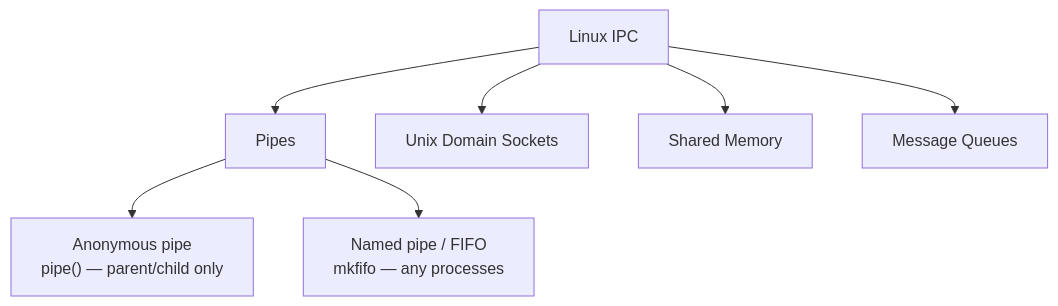
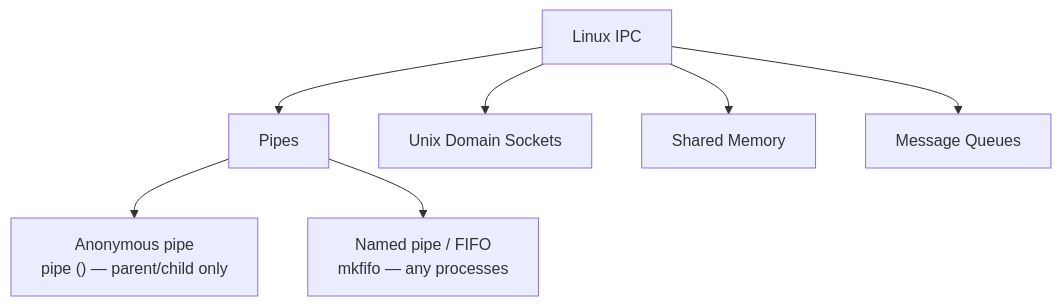
Before and after one commit to pploc/swe-icon-the-moment: the diagram in content/questions/fundamentals/linux-ipc.md, drawn with Mermaid. The commit also changed 95 other files, not shown here.

Commit message:
fix: update the practice mode diagram bug not display

````diff
--- a/content/questions/fundamentals/linux-ipc.md
+++ b/content/questions/fundamentals/linux-ipc.md
@@ -18,10 +18,11 @@
 ```mermaid
 flowchart TD
     IPC["Linux IPC"] --> Pipes
     IPC --> Sockets["Unix Domain Sockets"]
     IPC --> SHM["Shared Memory"]
     IPC --> MQ["Message Queues"]
-    Pipes --> Anon["Anonymous pipe\npipe() — parent/child only"]
+    Pipes --> Anon["Anonymous pipe\npipe () — parent/child only"]
     Pipes --> Named["Named pipe / FIFO\nmkfifo — any processes"]
 
+
 ```
````
